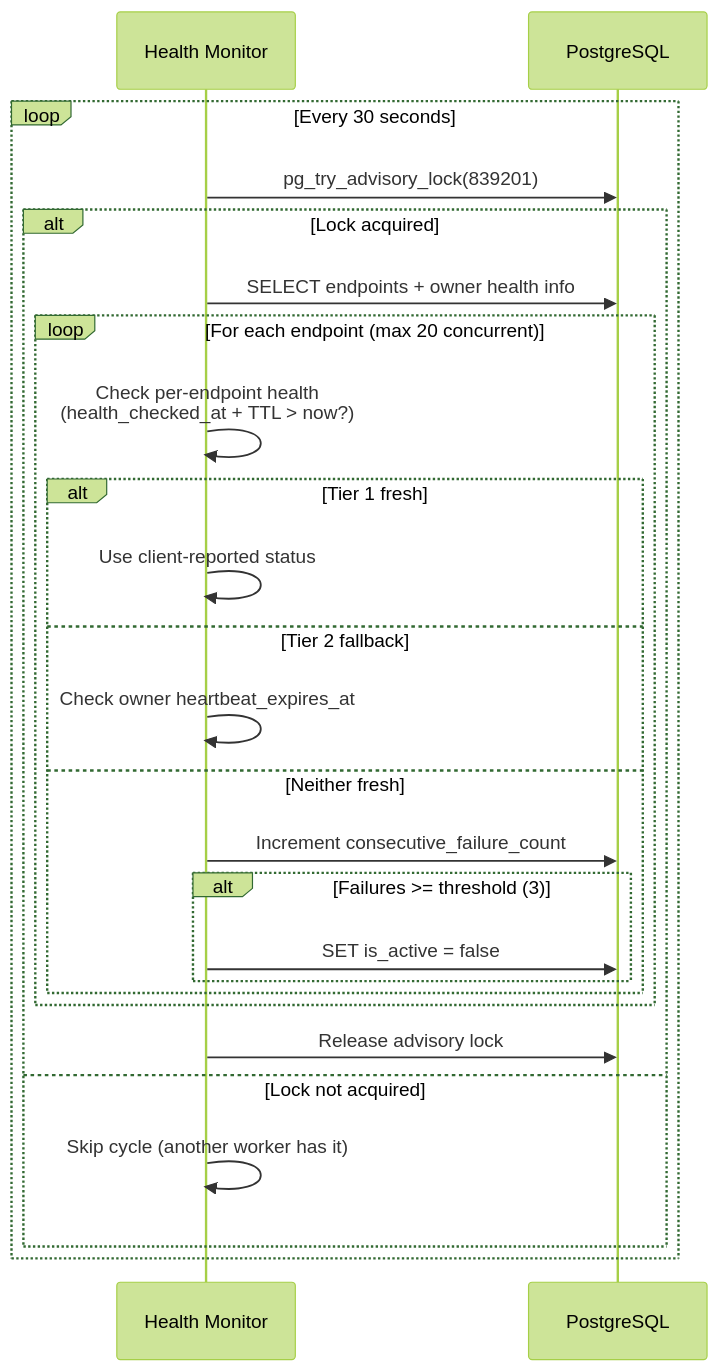
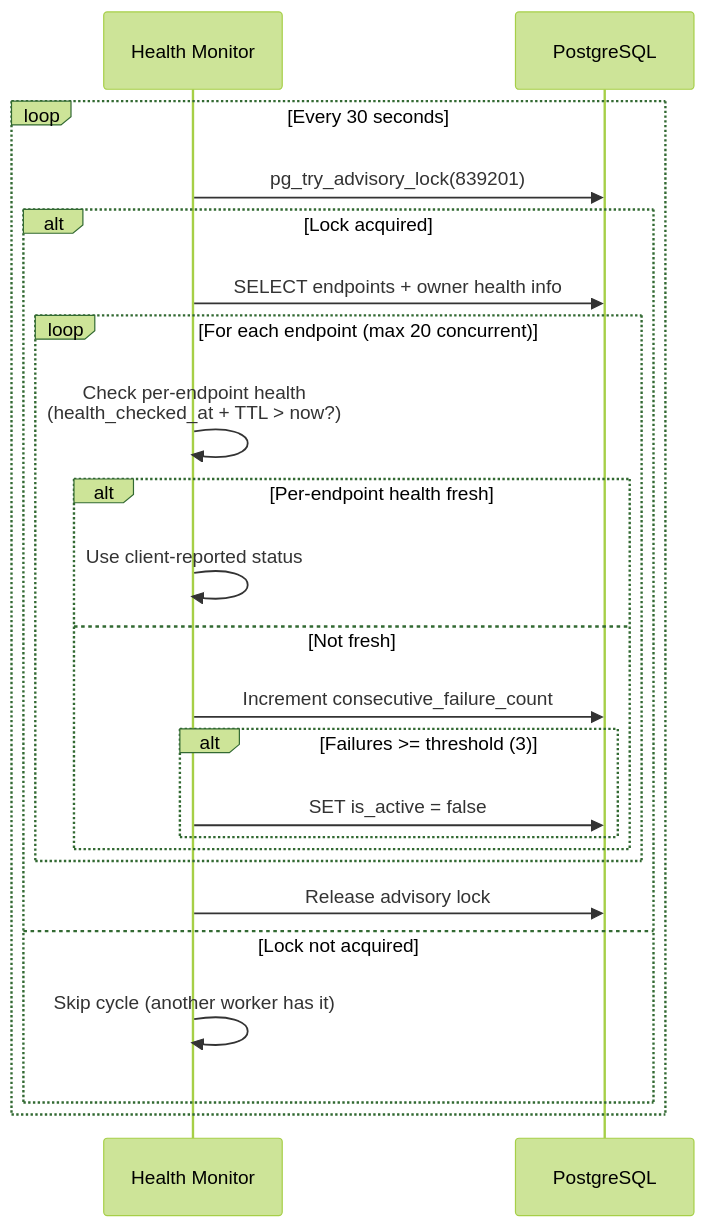
The seventh of 7 diagrams in docs/architecture/components/backend.md (OpenMined/syfthub), drawn with Mermaid (forest theme) before and after one commit. The commit also changed other lines of this file and 45 other files, not shown here.

````diff
--- a/docs/architecture/components/backend.md
+++ b/docs/architecture/components/backend.md
@@ -335,28 +333,26 @@
 ```mermaid
 sequenceDiagram
     participant HM as Health Monitor
     participant DB as PostgreSQL
 
     loop Every 30 seconds
         HM->>DB: pg_try_advisory_lock(839201)
         alt Lock acquired
             HM->>DB: SELECT endpoints + owner health info
             loop For each endpoint (max 20 concurrent)
                 HM->>HM: Check per-endpoint health<br/>(health_checked_at + TTL > now?)
-                alt Tier 1 fresh
+                alt Per-endpoint health fresh
                     HM->>HM: Use client-reported status
-                else Tier 2 fallback
-                    HM->>HM: Check owner heartbeat_expires_at
-                else Neither fresh
+                else Not fresh
                     HM->>DB: Increment consecutive_failure_count
                     alt Failures >= threshold (3)
                         HM->>DB: SET is_active = false
                     end
                 end
             end
             HM->>DB: Release advisory lock
         else Lock not acquired
             HM->>HM: Skip cycle (another worker has it)
         end
     end
 ```
````
